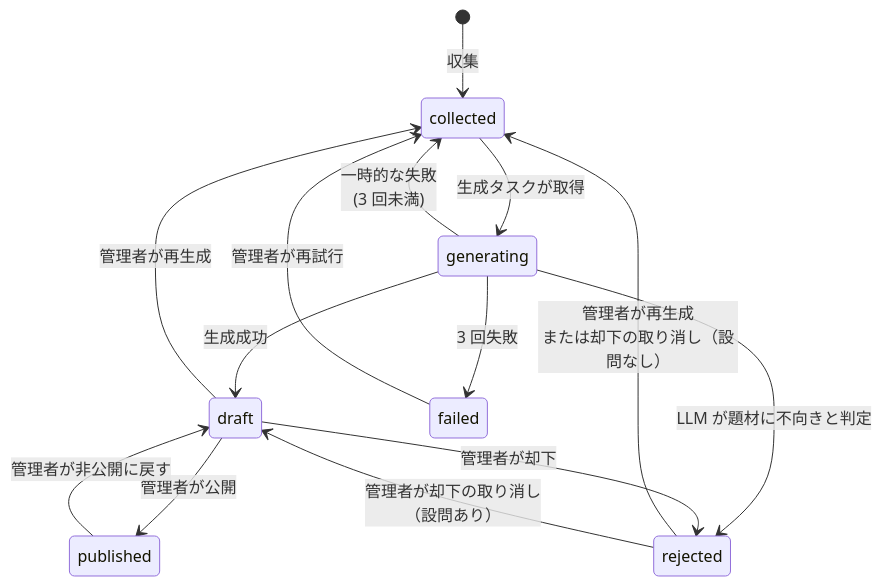
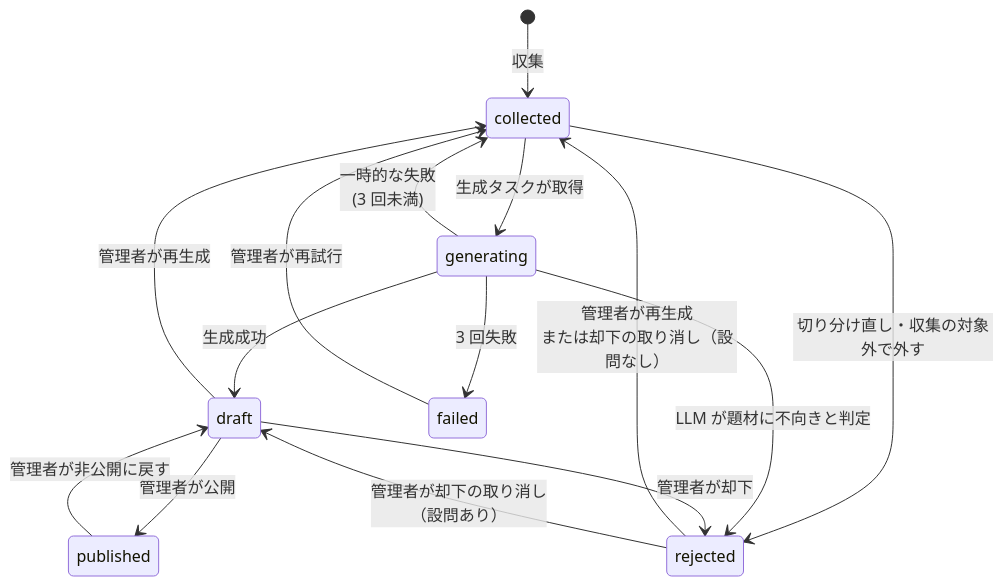
Before and after one commit to kentakki416/tech-english: the first of 3 diagrams in docs/spec/question-generation/README.md, drawn with Mermaid. The commit also changed other lines of this file and 28 other files, not shown here.

````diff
--- a/docs/spec/question-generation/README.md
+++ b/docs/spec/question-generation/README.md
@@ -143,16 +143,17 @@
 ```mermaid
 stateDiagram-v2
     [*] --> collected: 収集
     collected --> generating: 生成タスクが取得
+    collected --> rejected: 切り分け直し・収集の対象外で外す
     generating --> draft: 生成成功
     generating --> collected: 一時的な失敗<br/>(3 回未満)
     generating --> failed: 3 回失敗
     generating --> rejected: LLM が題材に不向きと判定
     draft --> published: 管理者が公開
     draft --> rejected: 管理者が却下
     draft --> collected: 管理者が再生成
     published --> draft: 管理者が非公開に戻す
     failed --> collected: 管理者が再試行
     rejected --> collected: 管理者が再生成<br/>または却下の取り消し（設問なし）
     rejected --> draft: 管理者が却下の取り消し<br/>（設問あり）
 ```
````
